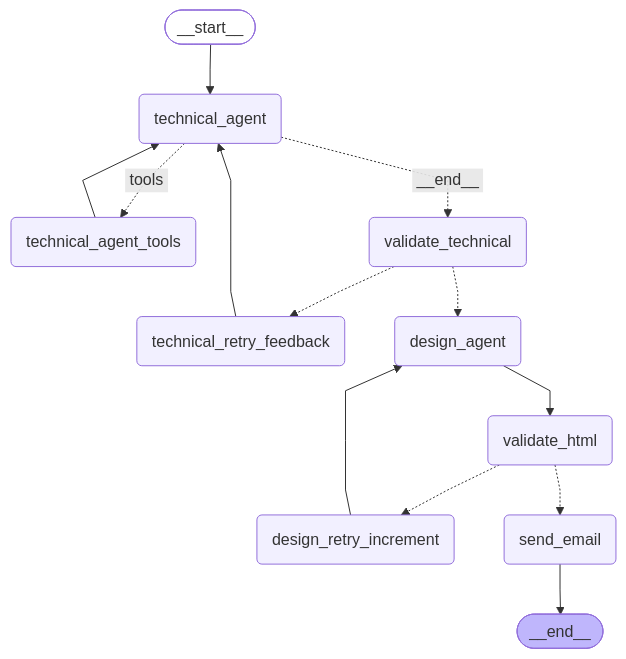
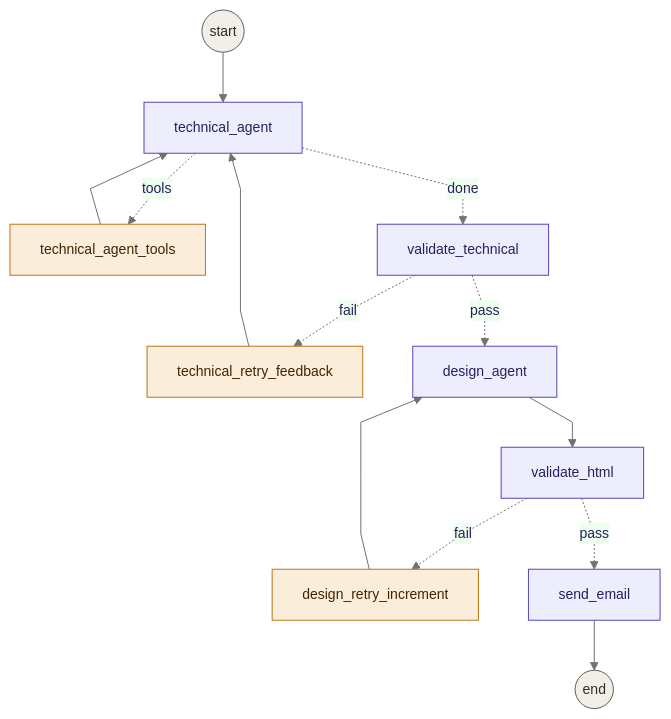
The diagram in architecture.md (jtejpal/technical-stock-system), drawn with Mermaid before and after one commit. The commit also changed other lines of this file, not shown here.

Commit message:
Update color schema of architecture md file

````diff
--- a/architecture.md
+++ b/architecture.md
@@ -1,33 +7,44 @@
 ```mermaid
 ---
 config:
+  theme: base
+  themeVariables:
+    fontFamily: Helvetica, Arial, sans-serif
+    fontSize: 14px
+    primaryColor: '#EEEDFE'
+    primaryBorderColor: '#534AB7'
+    primaryTextColor: '#26215C'
+    lineColor: '#73726C'
+    tertiaryColor: '#FAEEDA'
   flowchart:
     curve: linear
 ---
-graph TD;
-        __start__([<p>__start__</p>]):::first
-        technical_agent(technical_agent)
-        technical_agent_tools(technical_agent_tools)
-        validate_technical(validate_technical)
-        technical_retry_feedback(technical_retry_feedback)
-        design_agent(design_agent)
-        validate_html(validate_html)
-        design_retry_increment(design_retry_increment)
-        send_email(send_email)
-        __end__([<p>__end__</p>]):::last
-        __start__ --> technical_agent;
-        design_agent --> validate_html;
-        design_retry_increment --> design_agent;
-        technical_agent -. &nbsp;tools&nbsp; .-> technical_agent_tools;
-        technical_agent -. &nbsp;__end__&nbsp; .-> validate_technical;
-        technical_agent_tools --> technical_agent;
-        technical_retry_feedback --> technical_agent;
-        validate_html -.-> design_retry_increment;
-        validate_html -.-> send_email;
-        validate_technical -.-> design_agent;
-        validate_technical -.-> technical_retry_feedback;
-        send_email --> __end__;
-        classDef default fill:#f2f0ff,line-height:1.2
-        classDef first fill-opacity:0
-        classDef last fill:#bfb6fc
+graph TD
+    s(("start")):::terminal
+    technical_agent["technical_agent"]:::primary
+    technical_agent_tools["technical_agent_tools"]:::retry
+    validate_technical["validate_technical"]:::primary
+    technical_retry_feedback["technical_retry_feedback"]:::retry
+    design_agent["design_agent"]:::primary
+    validate_html["validate_html"]:::primary
+    design_retry_increment["design_retry_increment"]:::retry
+    send_email["send_email"]:::primary
+    e(("end")):::terminal
+
+    s --> technical_agent
+    technical_agent -. tools .-> technical_agent_tools
+    technical_agent -. done .-> validate_technical
+    technical_agent_tools --> technical_agent
+    technical_retry_feedback --> technical_agent
+    validate_technical -. pass .-> design_agent
+    validate_technical -. fail .-> technical_retry_feedback
+    design_agent --> validate_html
+    design_retry_increment --> design_agent
+    validate_html -. pass .-> send_email
+    validate_html -. fail .-> design_retry_increment
+    send_email --> e
+
+    classDef primary fill:#EEEDFE,stroke:#534AB7,stroke-width:1px,color:#26215C,font-weight:500;
+    classDef retry fill:#FAEEDA,stroke:#BA7517,stroke-width:1px,color:#412402;
+    classDef terminal fill:#F1EFE8,stroke:#5F5E5A,stroke-width:1px,color:#2C2C2A;
 ```
````
